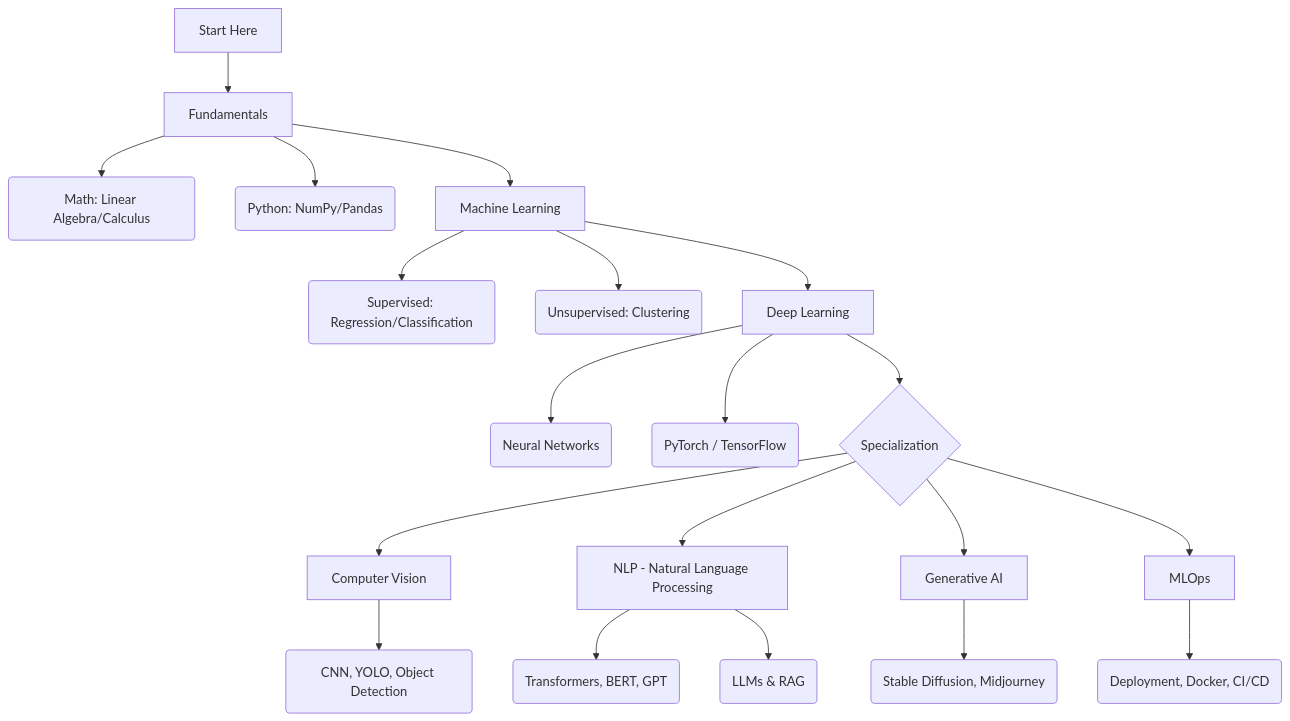
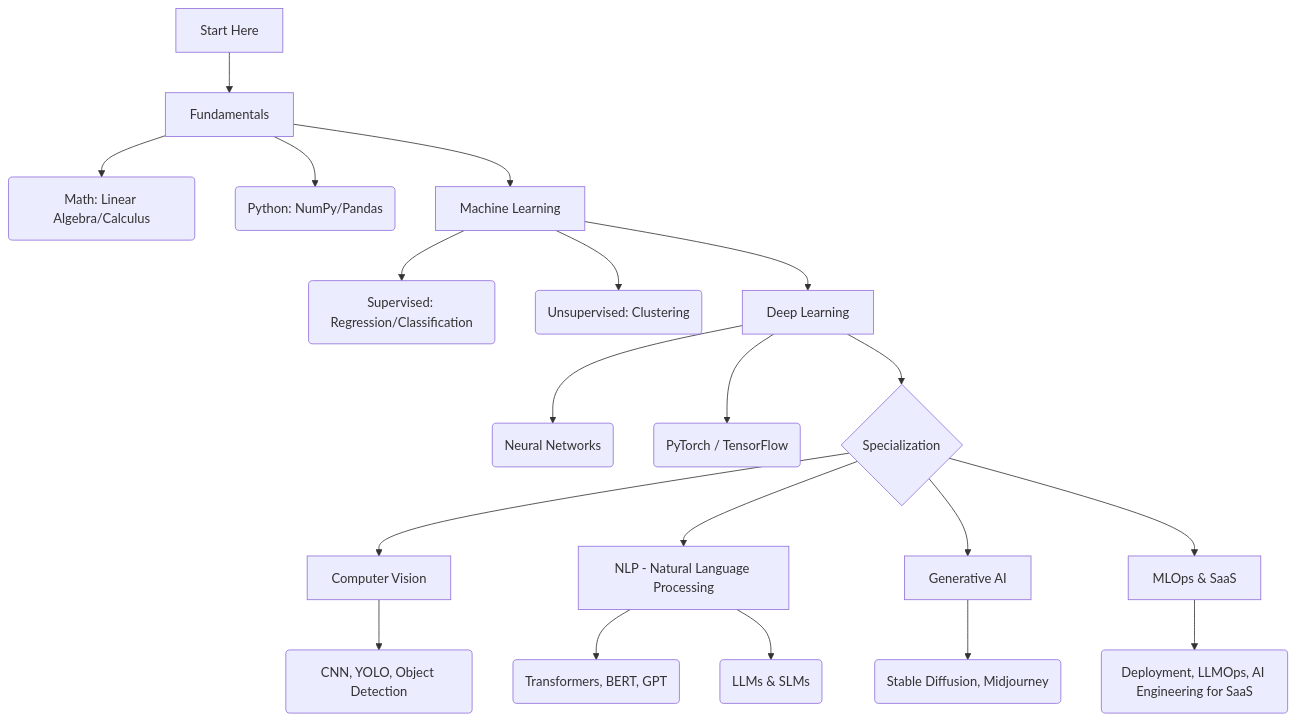
Before and after one commit to ithumanmi/MyDoc: the diagram in domains/ai-ml/README.md, drawn with Mermaid. The commit also changed other lines of this file and 102 other files, not shown here.

````diff
--- a/domains/ai-ml/README.md
+++ b/domains/ai-ml/README.md
@@ -54,29 +54,29 @@
 ```mermaid
 graph TD
     A[Start Here] --> B[Fundamentals]
     B --> B1(Math: Linear Algebra/Calculus)
     B --> B2(Python: NumPy/Pandas)
 
     B --> C[Machine Learning]
     C --> C1(Supervised: Regression/Classification)
     C --> C2(Unsupervised: Clustering)
 
     C --> D[Deep Learning]
     D --> D1(Neural Networks)
     D --> D2(PyTorch / TensorFlow)
 
     D --> E{Specialization}
 
     E --> F[Computer Vision]
     F --> F1(CNN, YOLO, Object Detection)
 
     E --> G[NLP - Natural Language Processing]
     G --> G1(Transformers, BERT, GPT)
-    G --> G2(LLMs & RAG)
+    G --> G2(LLMs & SLMs)
 
     E --> H[Generative AI]
     H --> H1(Stable Diffusion, Midjourney)
 
-    E --> I[MLOps]
-    I --> I1(Deployment, Docker, CI/CD)
+    E --> I[MLOps & SaaS]
+    I --> I1(Deployment, LLMOps, AI Engineering for SaaS)
 ```
````
